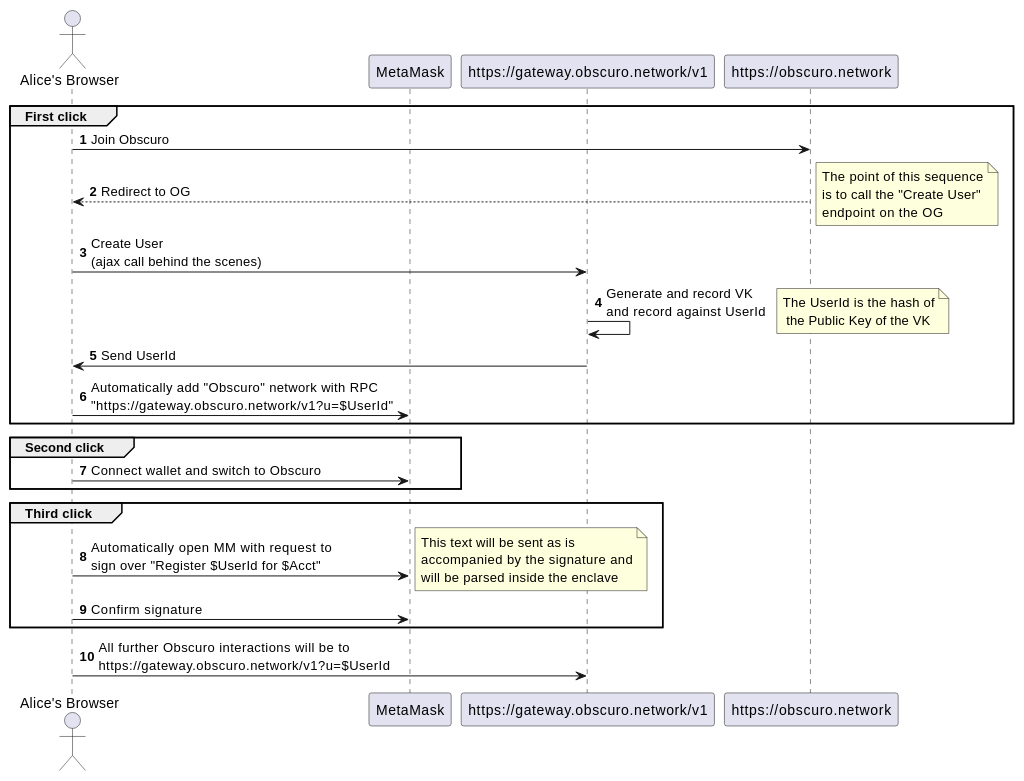
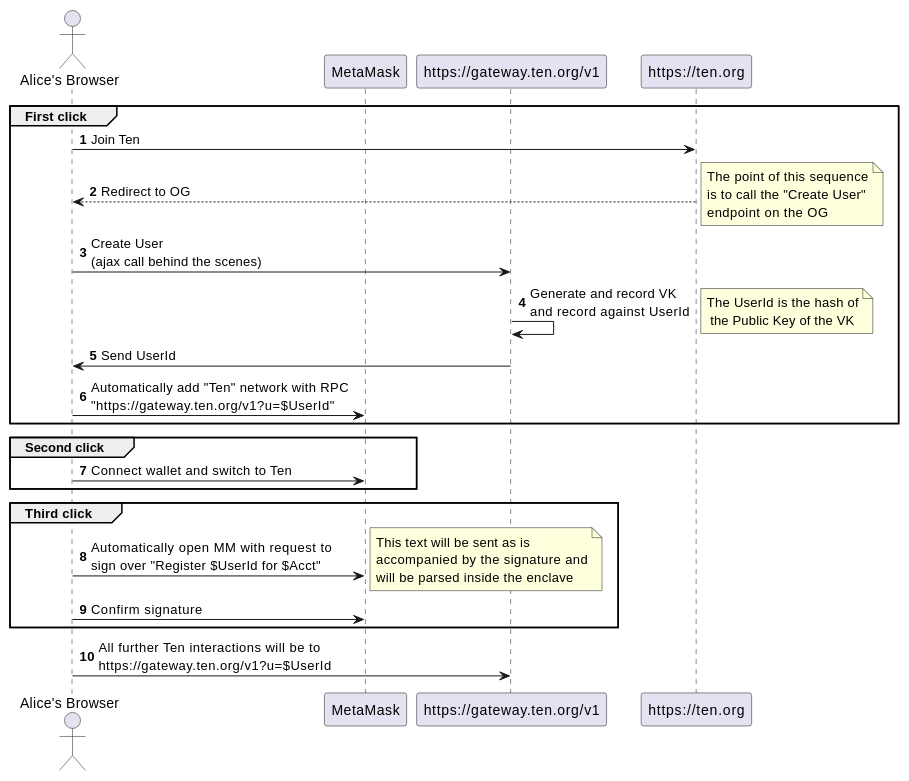
One commit to ten-protocol/go-ten changed the second of 2 diagrams in design/ux/Obscuro_Gateway.md. Above: the diagram before and after it, drawn with PlantUML. The commit also changed other lines of this file and 73 other files, not shown here.

````diff
--- a/design/ux/Obscuro_Gateway.md
+++ b/design/ux/Obscuro_Gateway.md
@@ -81,47 +81,47 @@
 ```plantuml
 @startuml
 'https://plantuml.com/sequence-diagram
 
 autonumber
 
 actor "Alice's Browser" as Alice
 participant MetaMask as MM
-participant "https://gateway.obscuro.network/v1" as OG
-participant "https://obscuro.network" as ON
+participant "https://gateway.ten.org/v1" as OG
+participant "https://ten.org" as ON
 
 group First click
-    Alice -> ON: Join Obscuro
+    Alice -> ON: Join Ten
     ON --> Alice: Redirect to OG
     note right
         The point of this sequence
         is to call the "Create User"
         endpoint on the OG
     end note
     Alice -> OG: Create User\n(ajax call behind the scenes)
     OG -> OG: Generate and record VK\nand record against UserId
     note right
         The UserId is the hash of
          the Public Key of the VK
     end note
     OG -> Alice: Send UserId
-    Alice -> MM: Automatically add "Obscuro" network with RPC\n"https://gateway.obscuro.network/v1?u=$UserId"
+    Alice -> MM: Automatically add "Ten" network with RPC\n"https://gateway.ten.org/v1?u=$UserId"
 end
 
 group Second click
-    Alice -> MM : Connect wallet and switch to Obscuro
+    Alice -> MM : Connect wallet and switch to Ten
 end
 
 group Third click
     Alice -> MM: Automatically open MM with request to \nsign over "Register $UserId for $Acct"
     note right
         This text will be sent as is
         accompanied by the signature and
         will be parsed inside the enclave
     end note
     Alice -> MM : Confirm signature
 end
 
-Alice -> OG: All further Obscuro interactions will be to\nhttps://gateway.obscuro.network/v1?u=$UserId
+Alice -> OG: All further Ten interactions will be to\nhttps://gateway.ten.org/v1?u=$UserId
 
 @enduml
 ```
````
